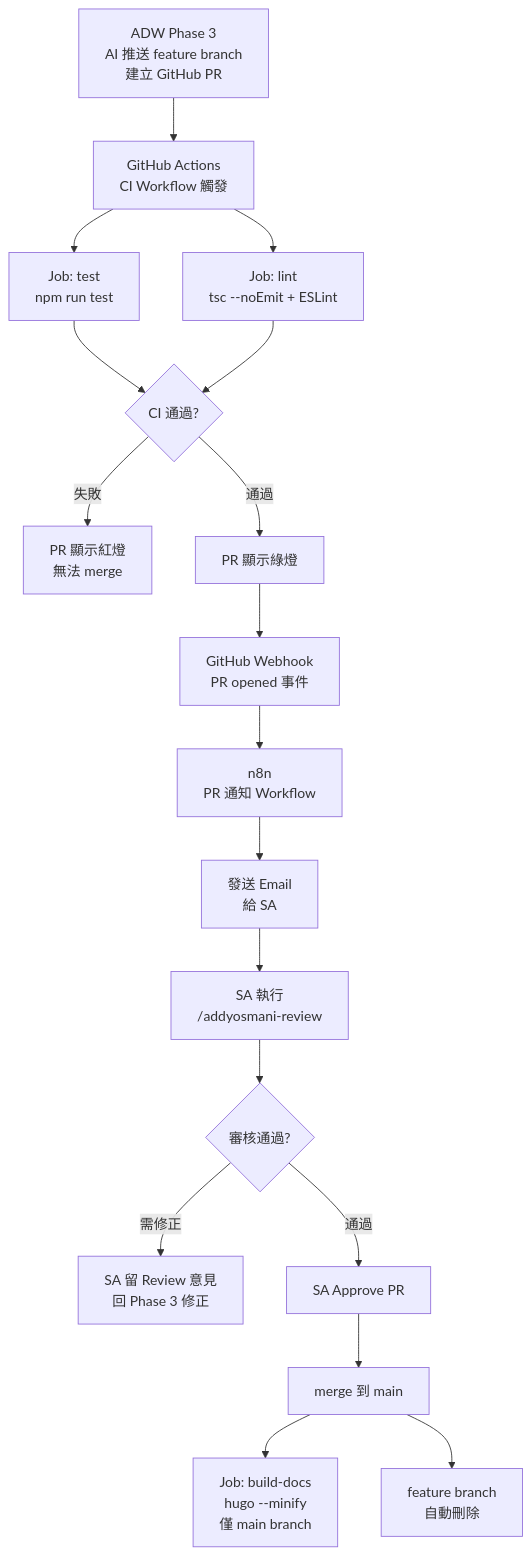
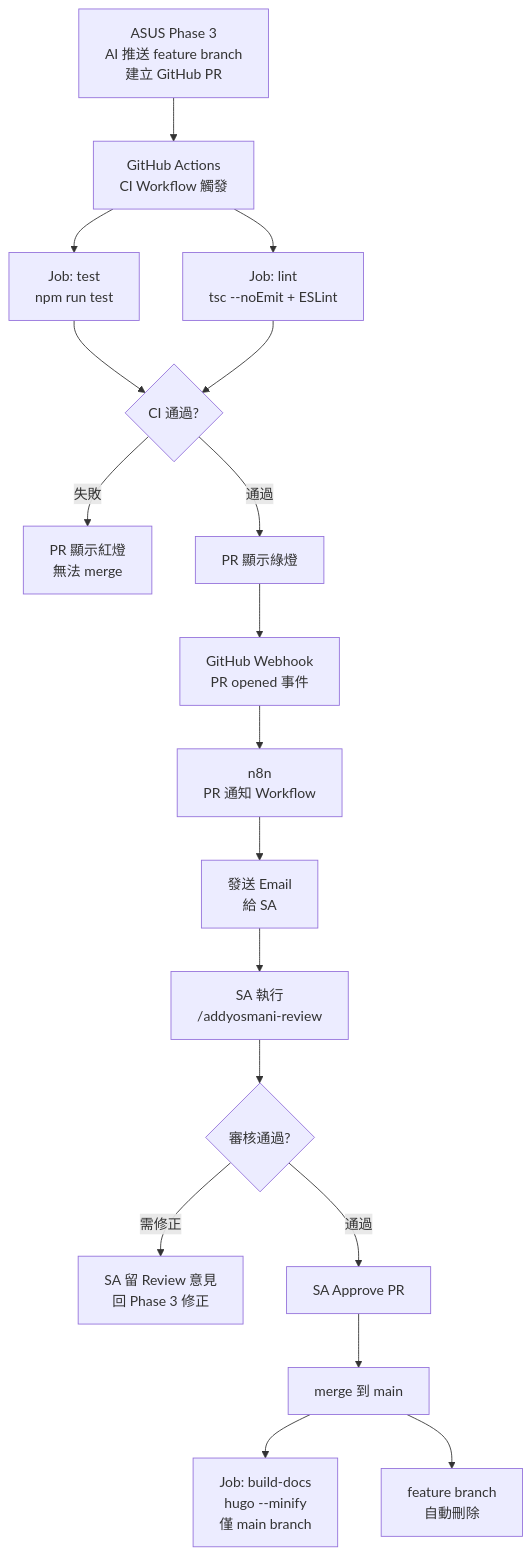
One commit to xu3clayu83ire/awtw-short-url-service changed the diagram in _spec/phase4-cicd-review/design.md. Above: the diagram before and after it, drawn with Mermaid. The commit also changed other lines of this file and 23 other files, not shown here.

First line of the commit message:
fix(adw): 修正 ExecMode 遺漏、ASUS 系統更名、任務區塊雙向同步設計

````diff
--- a/_spec/phase4-cicd-review/design.md
+++ b/_spec/phase4-cicd-review/design.md
@@ -10,26 +10,26 @@
 ```mermaid
 flowchart TD
-    A[ADW Phase 3\nAI 推送 feature branch\n建立 GitHub PR] --> B[GitHub Actions\nCI Workflow 觸發]
+    A[ASUS Phase 3\nAI 推送 feature branch\n建立 GitHub PR] --> B[GitHub Actions\nCI Workflow 觸發]
 
     B --> C[Job: test\nnpm run test]
     B --> D[Job: lint\ntsc --noEmit + ESLint]
 
     C --> E{CI 通過?}
     D --> E
 
     E -- 失敗 --> F[PR 顯示紅燈\n無法 merge]
     E -- 通過 --> G[PR 顯示綠燈]
 
     G --> H[GitHub Webhook\nPR opened 事件]
     H --> I[n8n\nPR 通知 Workflow]
     I --> J[發送 Email\n給 SA]
 
     J --> K[SA 執行\n/addyosmani-review]
     K --> L{審核通過?}
     L -- 需修正 --> M[SA 留 Review 意見\n回 Phase 3 修正]
     L -- 通過 --> N[SA Approve PR]
 
     N --> O[merge 到 main]
     O --> P[Job: build-docs\nhugo --minify\n僅 main branch]
     O --> Q[feature branch\n自動刪除]
 ```
````
